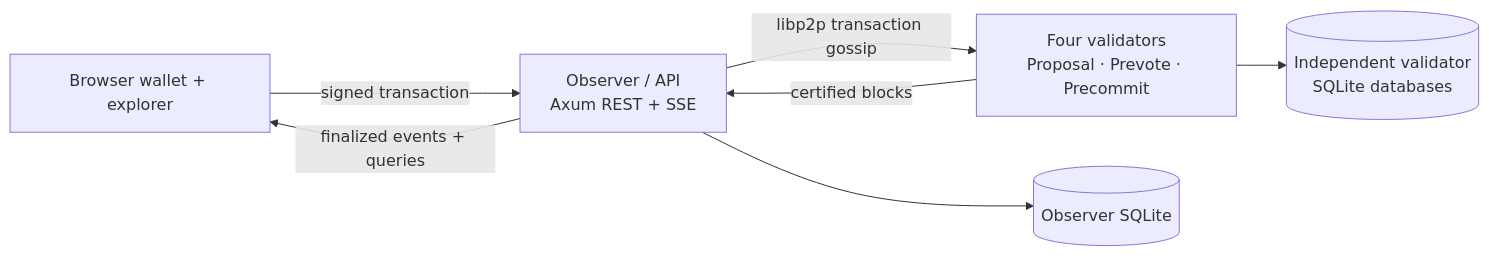
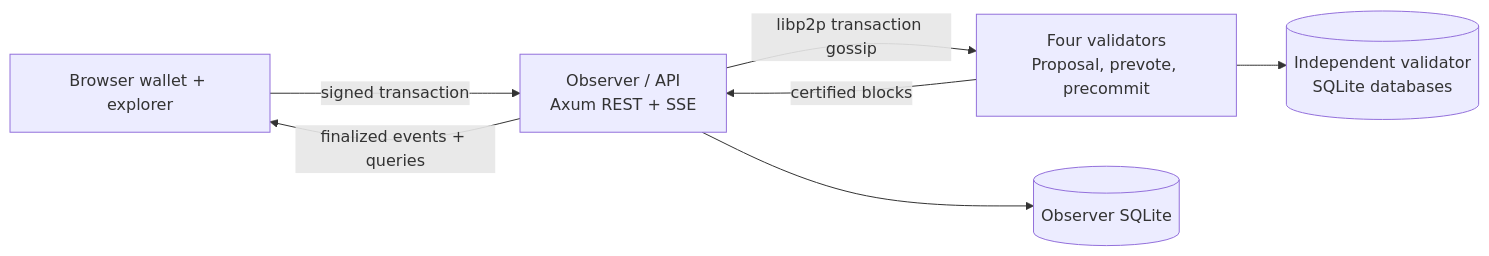
The diagram in README.md (khamisk/multi-node-blockchain-kcoin), drawn with Mermaid before and after one commit. The commit also changed other lines of this file and 31 other files, not shown here.

````diff
--- a/README.md
+++ b/README.md
@@ -51,15 +49,15 @@
 ```mermaid
 flowchart LR
     B["Browser wallet + explorer"]
     O["Observer / API<br/>Axum REST + SSE"]
-    V["Four validators<br/>Proposal · Prevote · Precommit"]
+    V["Four validators<br/>Proposal, prevote, precommit"]
     VD[("Independent validator<br/>SQLite databases")]
     OD[("Observer SQLite")]
 
     B -->|"signed transaction"| O
     O -->|"libp2p transaction gossip"| V
     V -->|"certified blocks"| O
     V --> VD
     O --> OD
     O -->|"finalized events + queries"| B
 ```
````
